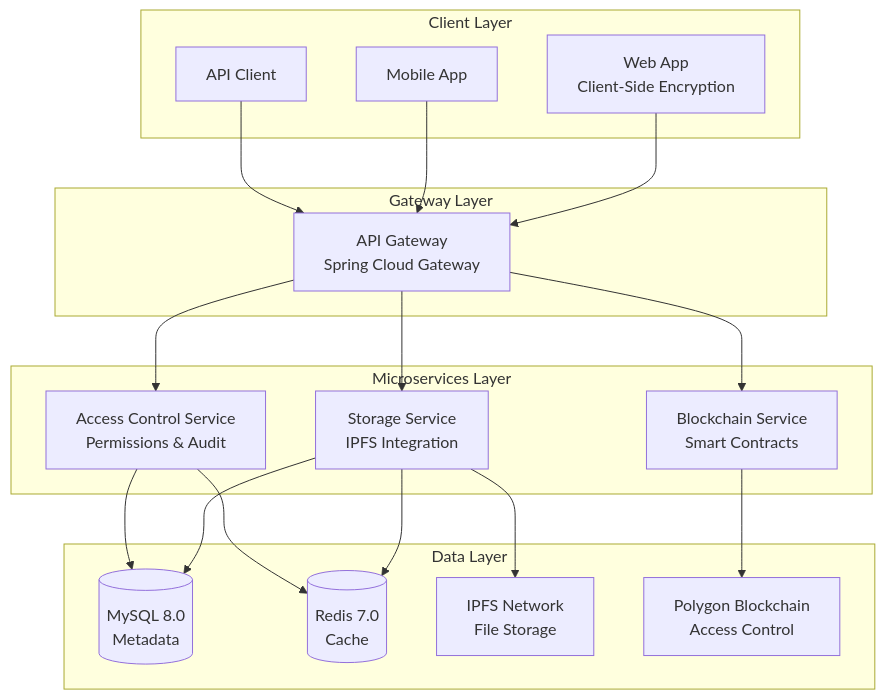
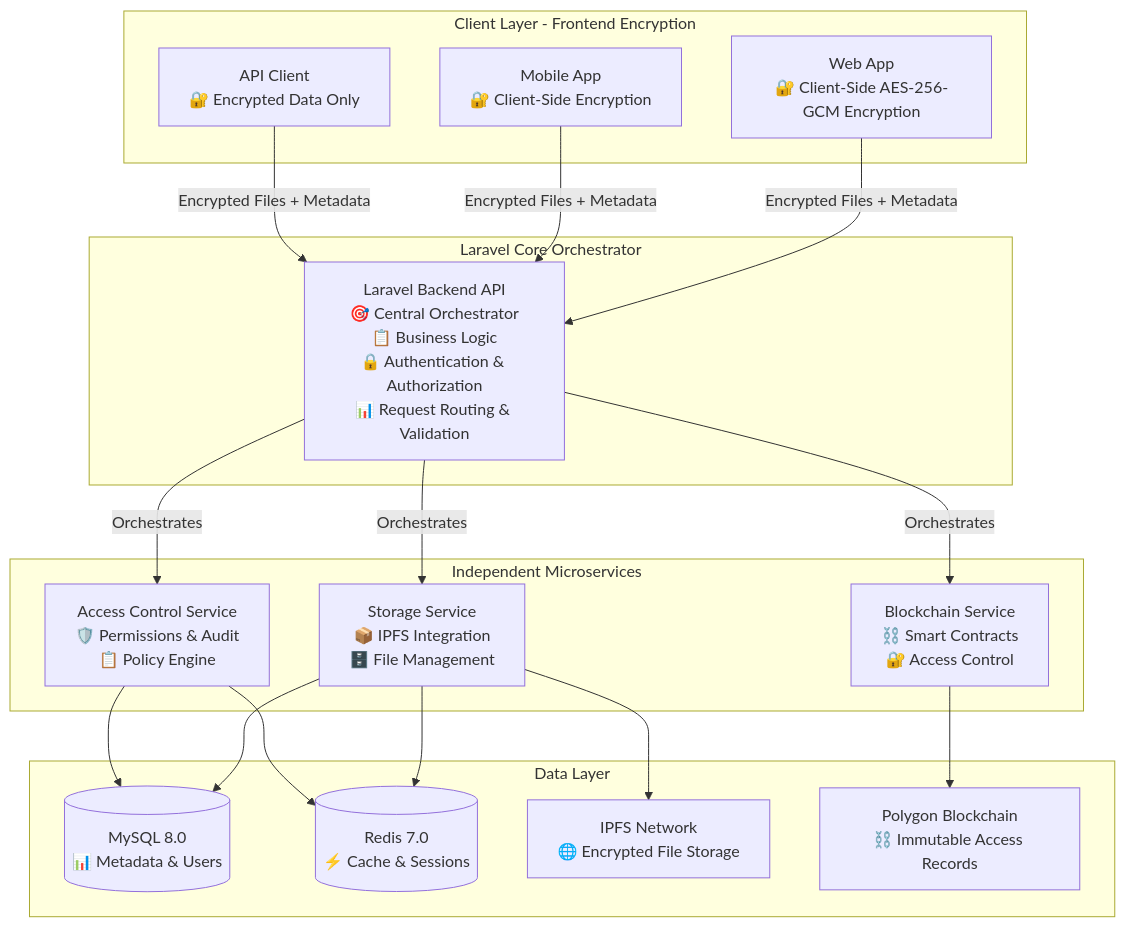
One commit to MossabMilha/OM-VaultChain changed the first of 5 diagrams in README.md. Above: the diagram before and after it, drawn with Mermaid. The commit also changed other lines of this file, not shown here.

````diff
--- a/README.md
+++ b/README.md
@@ -102,40 +115,40 @@
 ```mermaid
 graph TB
-    subgraph "Client Layer"
-        WEB[Web App<br/>Client-Side Encryption]
-        MOBILE[Mobile App]
-        API_CLIENT[API Client]
+    subgraph "Client Layer - Frontend Encryption"
+        WEB[Web App<br/>🔐 Client-Side AES-256-GCM Encryption]
+        MOBILE[Mobile App<br/>🔐 Client-Side Encryption]
+        API_CLIENT[API Client<br/>🔐 Encrypted Data Only]
     end
 
-    subgraph "Gateway Layer"
-        GATEWAY[API Gateway<br/>Spring Cloud Gateway]
+    subgraph "Laravel Core Orchestrator"
+        LARAVEL[Laravel Backend API<br/>🎯 Central Orchestrator<br/>📋 Business Logic<br/>🔒 Authentication & Authorization<br/>📊 Request Routing & Validation]
     end
 
-    subgraph "Microservices Layer"
-        STORAGE[Storage Service<br/>IPFS Integration]
-        BLOCKCHAIN[Blockchain Service<br/>Smart Contracts]
-        ACCESS[Access Control Service<br/>Permissions & Audit]
+    subgraph "Independent Microservices"
+        STORAGE[Storage Service<br/>📦 IPFS Integration<br/>🗄️ File Management]
+        BLOCKCHAIN[Blockchain Service<br/>⛓️ Smart Contracts<br/>🔐 Access Control]
+        ACCESS[Access Control Service<br/>🛡️ Permissions & Audit<br/>📋 Policy Engine]
     end
 
     subgraph "Data Layer"
-        MYSQL[(MySQL 8.0<br/>Metadata)]
-        REDIS[(Redis 7.0<br/>Cache)]
-        IPFS[IPFS Network<br/>File Storage]
-        POLYGON[Polygon Blockchain<br/>Access Control]
+        MYSQL[(MySQL 8.0<br/>📊 Metadata & Users)]
+        REDIS[(Redis 7.0<br/>⚡ Cache & Sessions)]
+        IPFS[IPFS Network<br/>🌐 Encrypted File Storage]
+        POLYGON[Polygon Blockchain<br/>⛓️ Immutable Access Records]
     end
 
-    WEB --> GATEWAY
-    MOBILE --> GATEWAY
-    API_CLIENT --> GATEWAY
+    WEB -->|Encrypted Files + Metadata| LARAVEL
+    MOBILE -->|Encrypted Files + Metadata| LARAVEL
+    API_CLIENT -->|Encrypted Files + Metadata| LARAVEL
 
-    GATEWAY --> STORAGE
-    GATEWAY --> BLOCKCHAIN
-    GATEWAY --> ACCESS
+    LARAVEL -->|Orchestrates| STORAGE
+    LARAVEL -->|Orchestrates| BLOCKCHAIN
+    LARAVEL -->|Orchestrates| ACCESS
 
     STORAGE --> MYSQL
     STORAGE --> REDIS
     STORAGE --> IPFS
     BLOCKCHAIN --> POLYGON
     ACCESS --> MYSQL
     ACCESS --> REDIS
 ```
````
